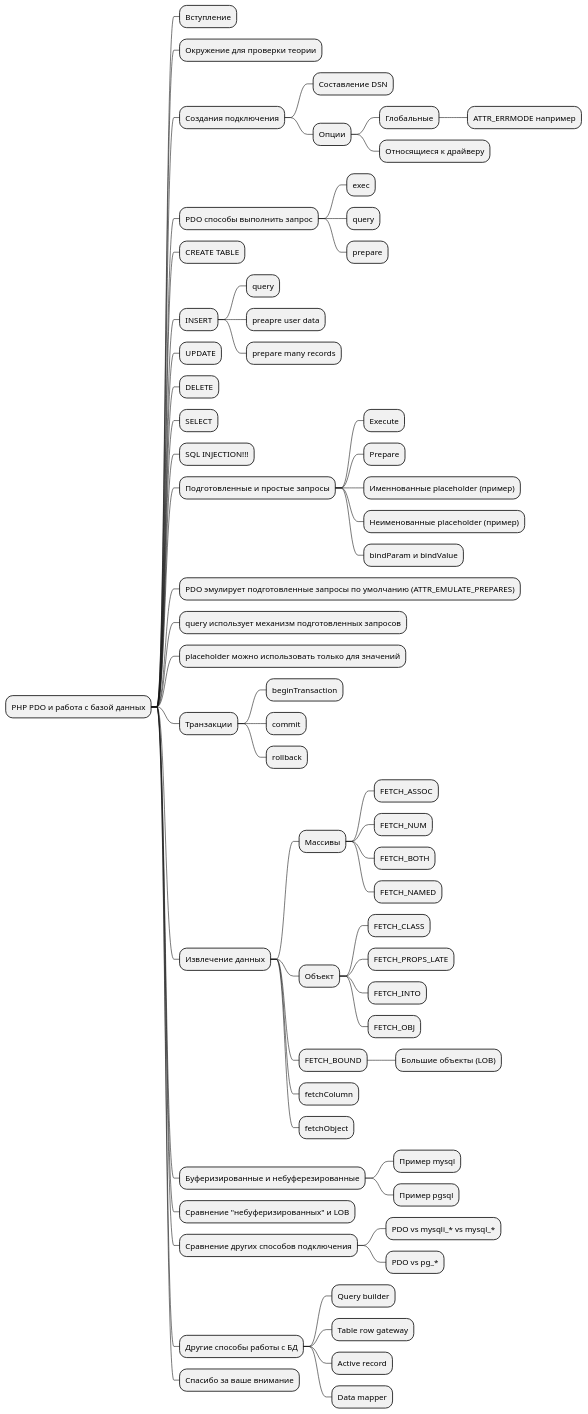
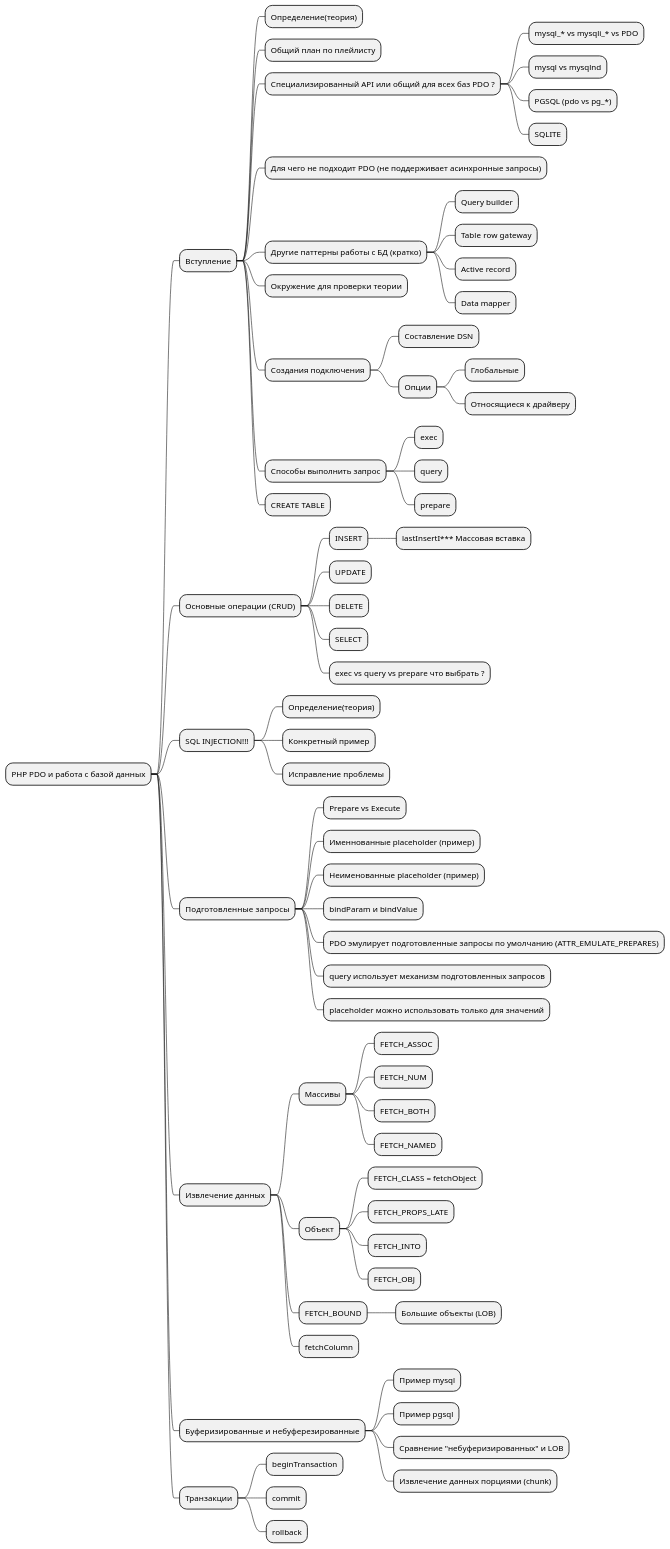
One commit to smpl/youtube changed the diagram in pdo/plan.puml. Above: the diagram before and after it, drawn with PlantUML. The commit also changed 9 other files, not shown here.

Commit message:
PHP, PDO Доступ к базе данных

```diff
--- a/pdo/plan.puml
+++ b/pdo/plan.puml
@@ -1,85 +1,78 @@
 @startmindmap
 * PHP PDO и работа с базой данных
 ** Вступление
+*** Определение(теория)
+*** Общий план по плейлисту
+*** Специализированный API или общий для всех баз PDO ?
+**** mysql_* vs mysqli_* vs PDO
+**** mysql vs mysqlnd
+**** PGSQL (pdo vs pg_*)
+**** SQLITE
+*** Для чего не подходит PDO (не поддерживает асинхронные запросы)
+*** Другие паттерны работы с БД (кратко)
+**** Query builder
+**** Table row gateway
+**** Active record
+**** Data mapper
+*** Окружение для проверки теории
+*** Создания подключения
+**** Составление DSN
+**** Опции
+***** Глобальные
+***** Относящиеся к драйверу
+*** Cпособы выполнить запрос
+**** exec
+**** query
+**** prepare
+*** CREATE TABLE
 
-** Окружение для проверки теории
+** Основные операции (CRUD)
 
-** Создания подключения
-*** Составление DSN
-*** Опции
-**** Глобальные
-***** ATTR_ERRMODE например
-**** Относящиеся к драйверу
-
-** PDO способы выполнить запрос
-*** exec
-*** query
-*** prepare
-
-** CREATE TABLE
-** INSERT
-*** query
-*** preapre user data
-*** prepare many records
-
-** UPDATE
-
-** DELETE
-
-** SELECT
+*** INSERT
+**** lastInsertI*** Массовая вставка
+*** UPDATE
+*** DELETE
+*** SELECT
+*** exec vs query vs prepare что выбрать ?
 
 ** SQL INJECTION!!!
+*** Определение(теория)
+*** Конкретный пример
+*** Исправление проблемы
 
-** Подготовленные и простые запросы
-*** Execute
-*** Prepare
+** Подготовленные  запросы
+*** Prepare vs Execute
 *** Именнованные placeholder (пример)
 *** Неименованные placeholder (пример)
 *** bindParam и bindValue
-
-** PDO эмулирует подготовленные запросы по умолчанию (ATTR_EMULATE_PREPARES)
-
-** query использует механизм подготовленных запросов
-
-** placeholder можно использовать только для значений
-
-** Транзакции
-*** beginTransaction
-*** commit
-*** rollback
+*** PDO эмулирует подготовленные запросы по умолчанию (ATTR_EMULATE_PREPARES)
+*** query использует механизм подготовленных запросов
+*** placeholder можно использовать только для значений
 
 ** Извлечение данных
 *** Массивы
 **** FETCH_ASSOC
 **** FETCH_NUM
 **** FETCH_BOTH
 **** FETCH_NAMED
 *** Объект
-**** FETCH_CLASS
+**** FETCH_CLASS = fetchObject
 **** FETCH_PROPS_LATE
 **** FETCH_INTO
 **** FETCH_OBJ
 *** FETCH_BOUND
 **** Большие объекты (LOB)
 *** fetchColumn
-*** fetchObject
 
 ** Буферизированные и небуферезированные
 *** Пример mysql
 *** Пример pgsql
+*** Сравнение "небуферизированных" и LOB
+*** Извлечение данных порциями (chunk)
 
-** Сравнение "небуферизированных" и LOB
-
-** Сравнение других способов подключения
-*** PDO vs mysqli_* vs mysql_*
-*** PDO vs pg_*
-
-** Другие способы работы с БД
-*** Query builder
-*** Table row gateway
-*** Active record
-*** Data mapper
-
-** Спасибо за ваше внимание
+** Транзакции
+*** beginTransaction
+*** commit
+*** rollback
 
 @endmindmap
```
